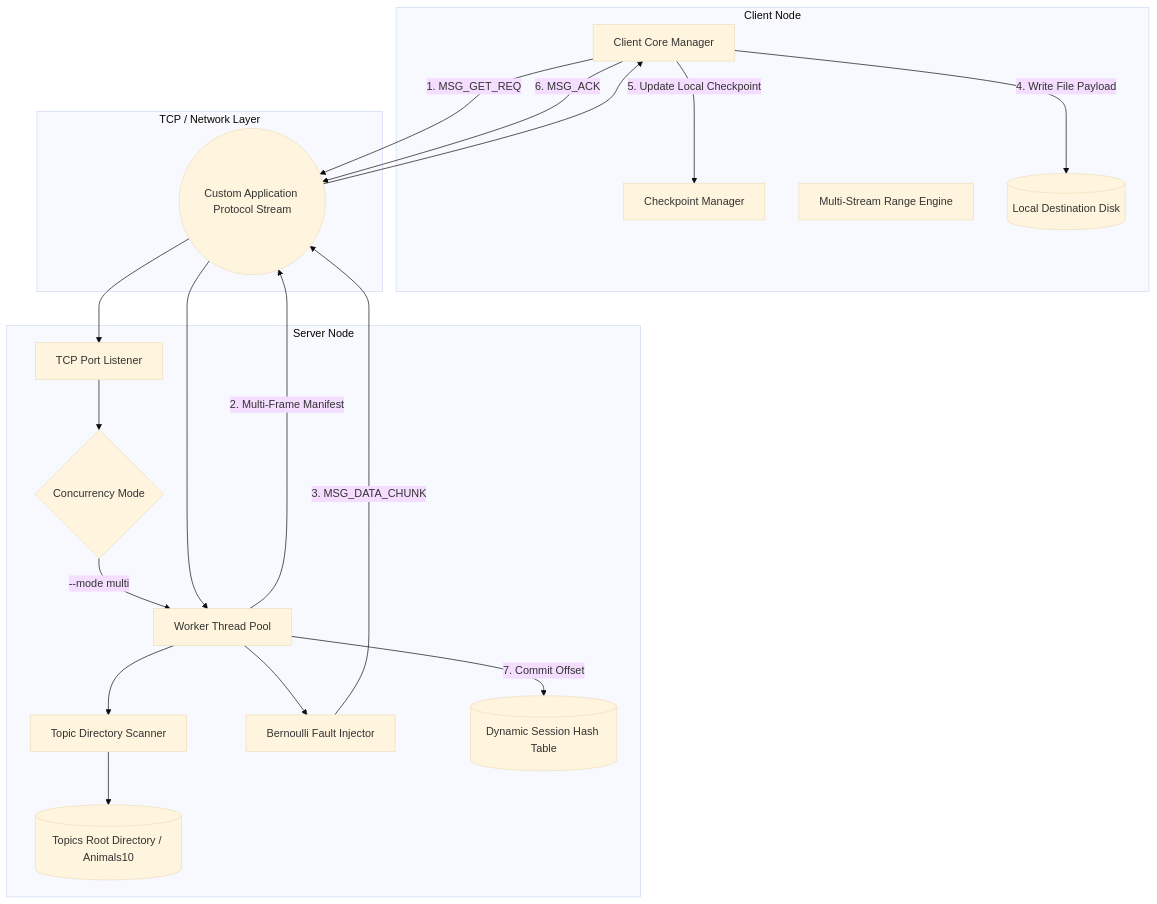
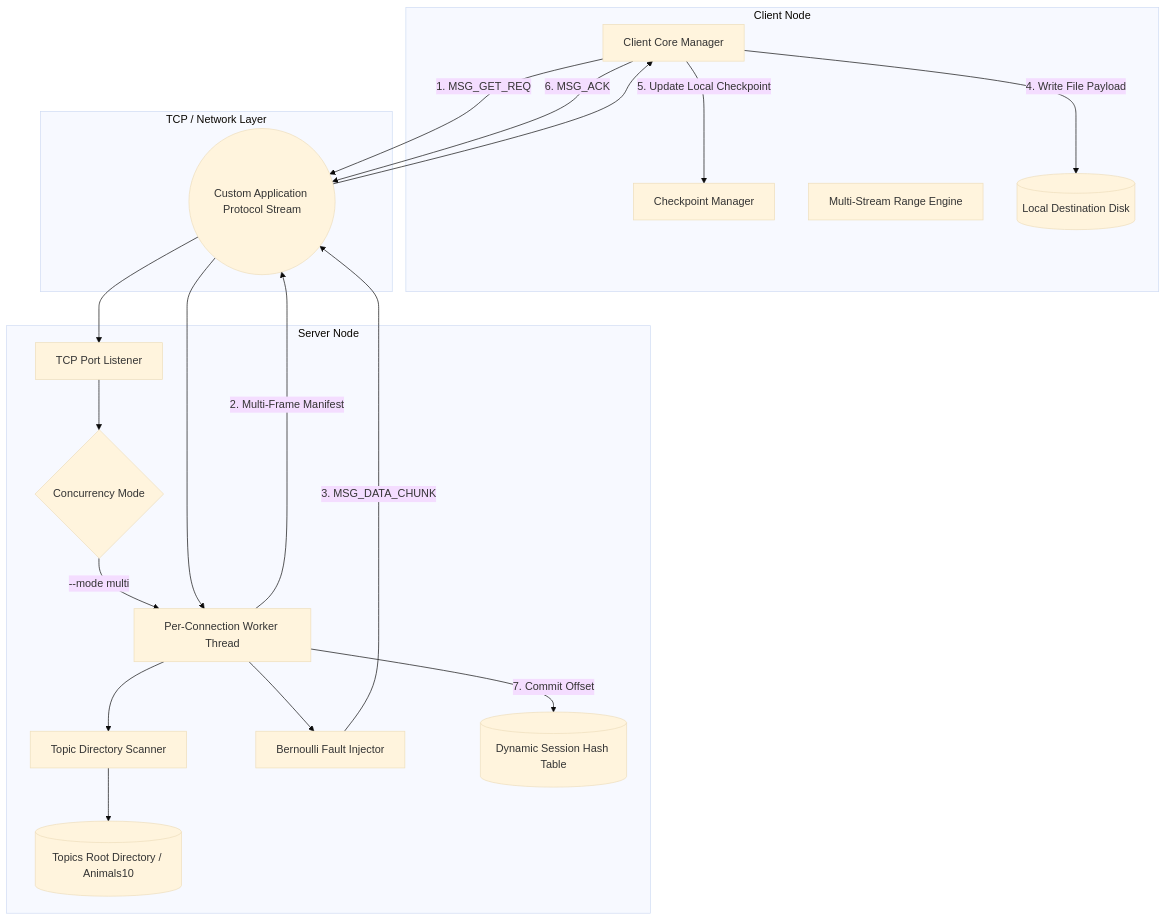
One commit to peaceparadise7-kb/IT305-Socket-Programming changed the first of 2 diagrams in README.md. Above: the diagram before and after it, drawn with Mermaid (base theme). The commit also changed other lines of this file, not shown here.

````diff
--- a/README.md
+++ b/README.md
@@ -43,39 +43,39 @@
 ```mermaid
 graph TD
     subgraph Client Node
         C_Core[Client Core Manager]
         C_Chk[Checkpoint Manager]
         C_Range[Multi-Stream Range Engine]
         LocalDisk[(Local Destination Disk)]
     end
 
     subgraph TCP / Network Layer
         Wire((Custom Application Protocol Stream))
     end
 
     subgraph Server Node
         Listener[TCP Port Listener]
         Dispatcher{Concurrency Mode}
-        Worker[Worker Thread Pool]
+        Worker[Per-Connection Worker Thread]
         TopicMgr[Topic Directory Scanner]
         FaultEngine[Bernoulli Fault Injector]
         SessionTable[(Dynamic Session Hash Table)]
         TopicFS[(Topics Root Directory / Animals10)]
     end
 
     C_Core -->|1. MSG_GET_REQ| Wire
     Wire --> Listener
     Listener --> Dispatcher
     Dispatcher -->|--mode multi| Worker
     Worker --> TopicMgr
     TopicMgr --> TopicFS
     Worker -->|2. Multi-Frame Manifest| Wire
     Worker --> FaultEngine
     FaultEngine -->|3. MSG_DATA_CHUNK| Wire
     Wire --> C_Core
     C_Core -->|4. Write File Payload| LocalDisk
     C_Core -->|5. Update Local Checkpoint| C_Chk
     C_Core -->|6. MSG_ACK| Wire
     Wire --> Worker
     Worker -->|7. Commit Offset| SessionTable
 ```
````
